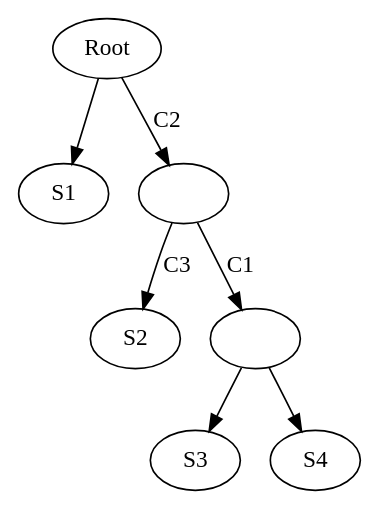
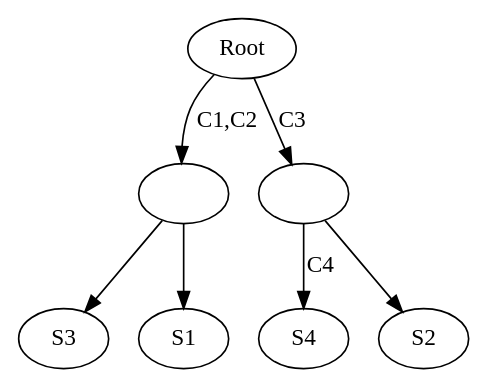
The diagram in output/bho.dot (dlcgold/perfect-phylogeny-rs), drawn with Graphviz before and after one commit. The commit also changed 6 other files, not shown here.

```diff
--- a/output/bho.dot
+++ b/output/bho.dot
@@ -1,15 +1,15 @@
 digraph {
     0 [ label ="Root"]
-    1 [ label ="S1"]
+    1 [ label ="S3"]
     2 [ label =""]
-    3 [ label ="S2"]
-    4 [ label =""]
-    5 [ label ="S3"]
-    6 [ label ="S4"]
-    0 -> 1 [ label =""]
-    0 -> 2 [ label ="C2"]
-    2 -> 3 [ label ="C3"]
-    2 -> 4 [ label ="C1"]
-    4 -> 5 [ label =""]
-    4 -> 6 [ label =""]
+    3 [ label =""]
+    4 [ label ="S4"]
+    5 [ label ="S2"]
+    6 [ label ="S1"]
+    2 -> 1 [ label =""]
+    0 -> 2 [ label ="C1,C2"]
+    0 -> 3 [ label ="C3"]
+    3 -> 4 [ label ="C4"]
+    3 -> 5 [ label =""]
+    2 -> 6 [ label =""]
 }
```
